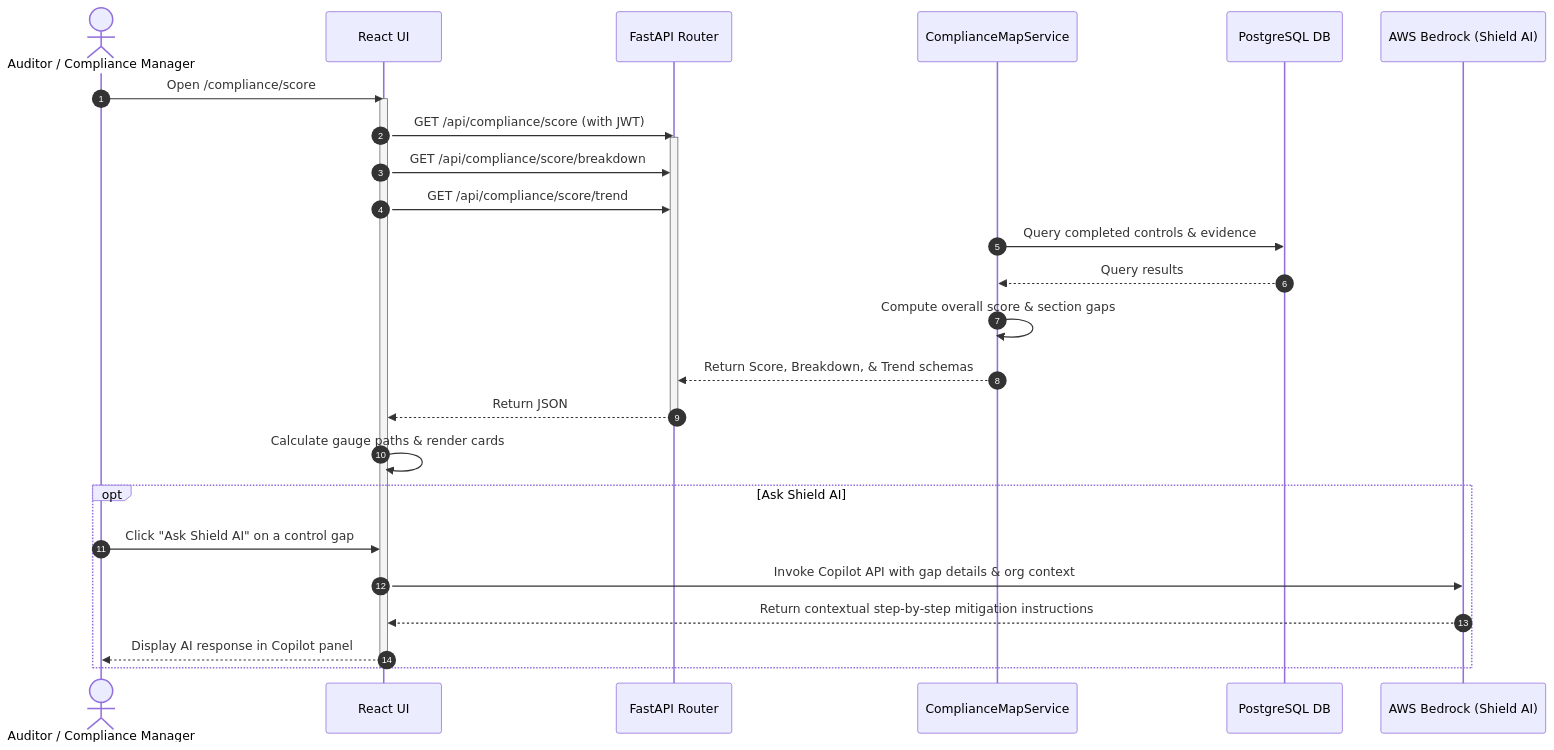
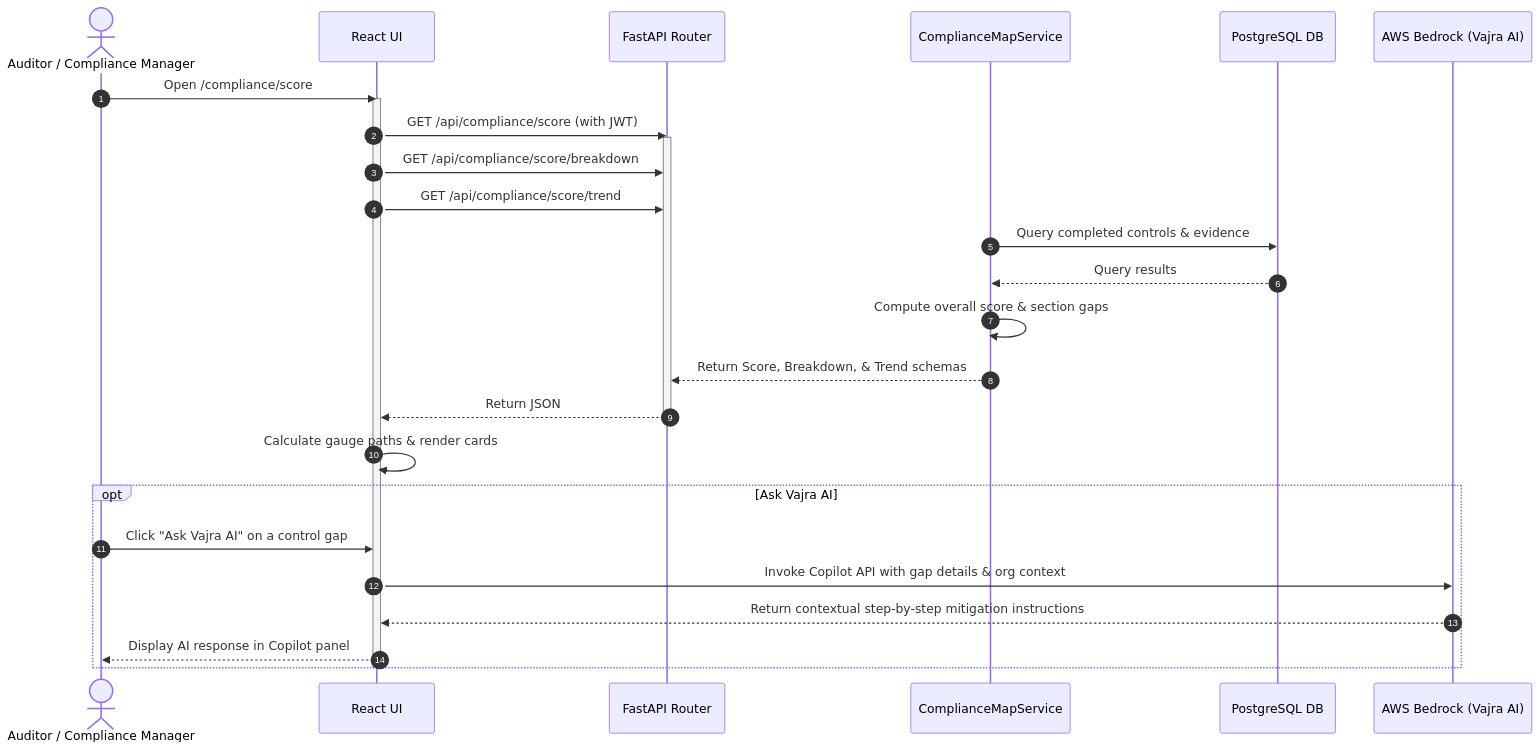
The second of 3 diagrams in backend/platform_docs/Overview/compliance_score.md (shreyv7/hack), drawn with Mermaid before and after one commit. The commit also changed other lines of this file and 345 other files, not shown here.

````diff
--- a/backend/platform_docs/Overview/compliance_score.md
+++ b/backend/platform_docs/Overview/compliance_score.md
@@ -54,34 +54,34 @@
 ```mermaid
 sequenceDiagram
     autonumber
     actor User as Auditor / Compliance Manager
     participant FE as React UI
     participant BE as FastAPI Router
     participant Svc as ComplianceMapService
     participant DB as PostgreSQL DB
-    participant AI as AWS Bedrock (Shield AI)
+    participant AI as AWS Bedrock (Vajra AI)
 
     User->>FE: Open /compliance/score
     activate FE
     FE->>BE: GET /api/compliance/score (with JWT)
     activate BE
     FE->>BE: GET /api/compliance/score/breakdown
     FE->>BE: GET /api/compliance/score/trend
     
     Svc->>DB: Query completed controls & evidence
     DB-->>Svc: Query results
     Svc->>Svc: Compute overall score & section gaps
     Svc-->>BE: Return Score, Breakdown, & Trend schemas
     BE-->>FE: Return JSON
     deactivate BE
 
     FE->>FE: Calculate gauge paths & render cards
     
-    opt Ask Shield AI
-        User->>FE: Click "Ask Shield AI" on a control gap
+    opt Ask Vajra AI
+        User->>FE: Click "Ask Vajra AI" on a control gap
         FE->>AI: Invoke Copilot API with gap details & org context
         AI-->>FE: Return contextual step-by-step mitigation instructions
         FE-->>User: Display AI response in Copilot panel
     end
     deactivate FE
 ```
````
